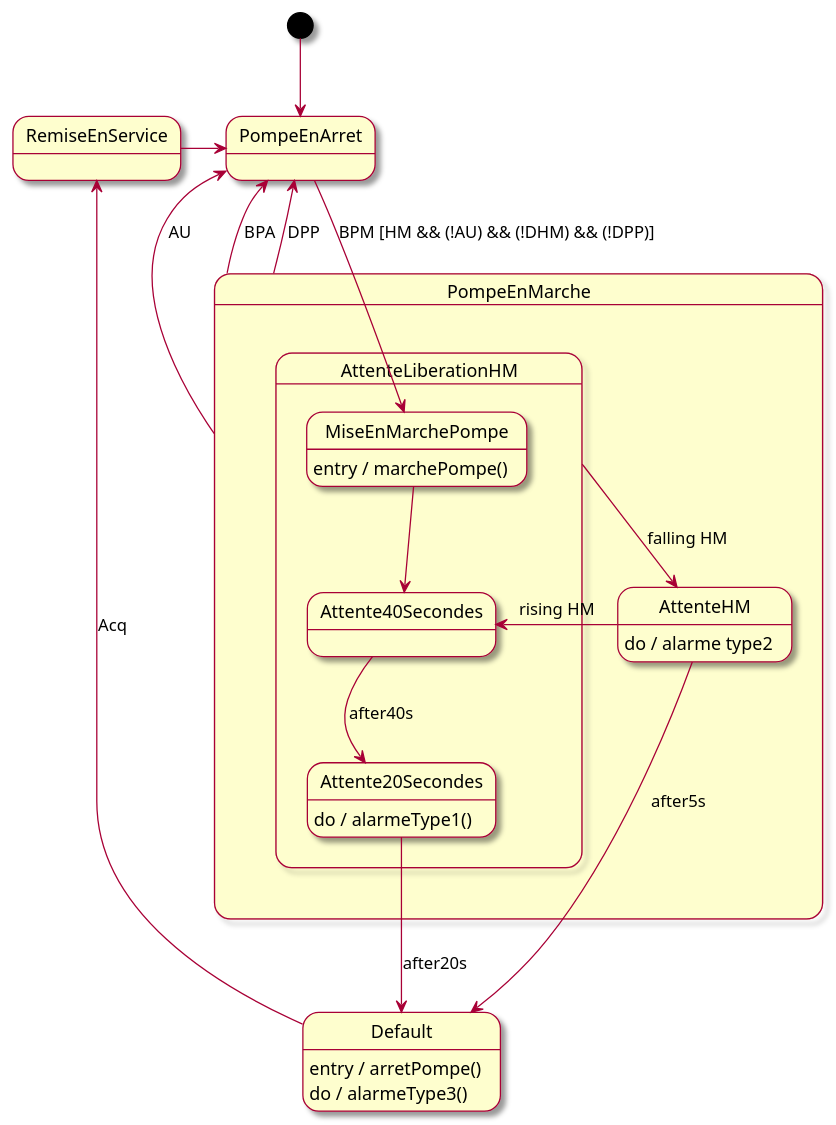
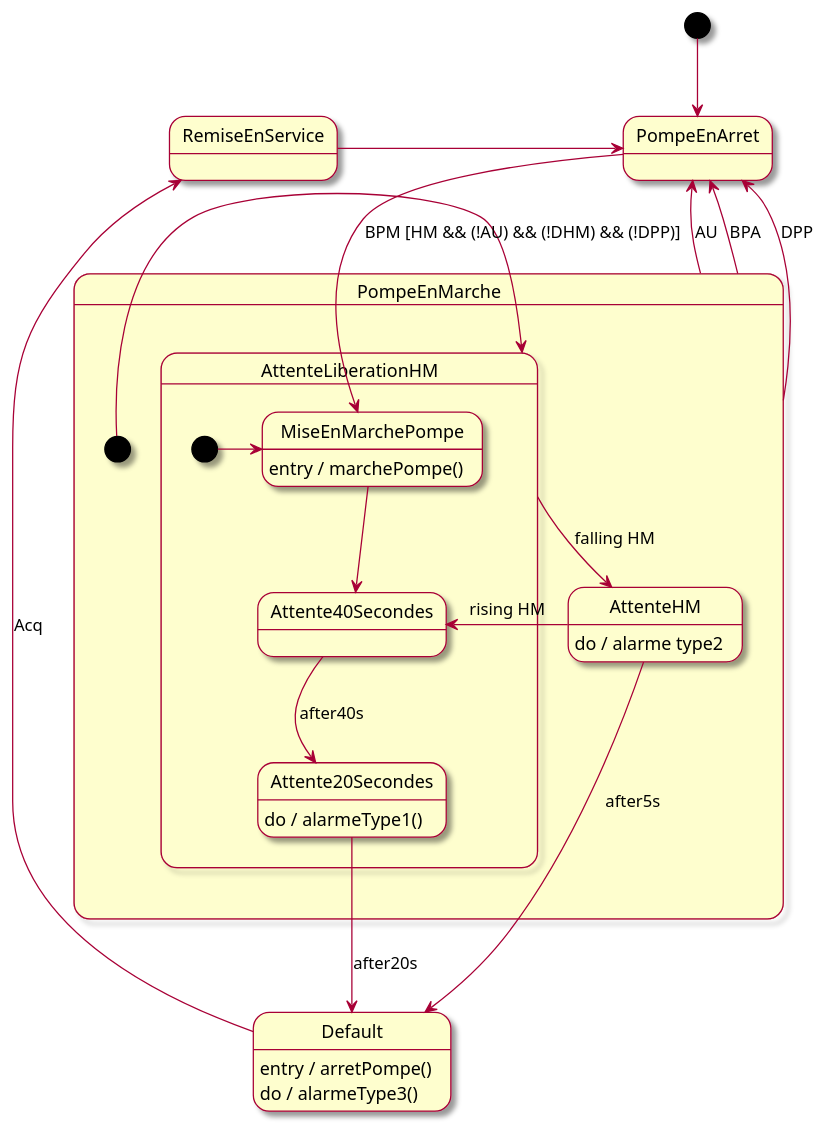
The diagram in examples/Pompe.plantuml (type-one/PlantUMLStatecharts_VariantFSM), drawn with PlantUML before and after one commit.

Commit message:
fix: composite example

```diff
--- a/examples/Pompe.plantuml
+++ b/examples/Pompe.plantuml
@@ -1,54 +1,58 @@
 @startuml
 skin rose
 
 ' Unsupported by this translator: composite/hierarchical state blocks.
 ' This example is kept as reference and is expected to fail fast at generation time.
 
 '[header] #define Cevent bool
 '[code] private:
 '[code] void marchePompe() {}
 '[code] void arretPompe() {}
 '[code] void alarmeType1() {}
 '[code] void alarmeType3() {}
 '[code] Cevent AU;  // Push button
 '[code] Cevent BPM; // Push button
 '[code] Cevent BPA; // Push button
 '[code] Cevent DPP; // Push button
 '[code] Cevent HM;  // Push button
 '[code] Cevent Acq; // Push button
 '[code] Cevent DHM; // Push button
 '[init] AU = false;
 '[init] BPM = false;
 '[init] BPA = false;
 '[init] DPP = false;
 '[init] HM = false;
 '[init] Acq = false;
 '[init] DHM = false;
 
 [*] --> PompeEnArret
 Default : entry / arretPompe()
 Default : do / alarmeType3()
 
 state PompeEnMarche {
+  [*] -> AttenteLiberationHM
+
   state AttenteLiberationHM {
+    [*] -> MiseEnMarchePompe
+
     MiseEnMarchePompe --> Attente40Secondes
     MiseEnMarchePompe : entry / marchePompe()
     Attente40Secondes --> Attente20Secondes : after40s
     Attente20Secondes --> Default : after20s
     Attente20Secondes : do / alarmeType1()
   }
 
   AttenteLiberationHM -> AttenteHM : falling HM
   AttenteHM : do / alarme type2
   Attente40Secondes <- AttenteHM : rising HM
   AttenteHM --> Default : after5s
 }
 
 PompeEnArret --> MiseEnMarchePompe : BPM [HM && (!AU) && (!DHM) && (!DPP)]
 RemiseEnService -> PompeEnArret
 RemiseEnService <- Default : Acq
 PompeEnArret <-- PompeEnMarche : AU
 PompeEnArret <-- PompeEnMarche : BPA
 PompeEnArret <-- PompeEnMarche : DPP
 
 @enduml
```
